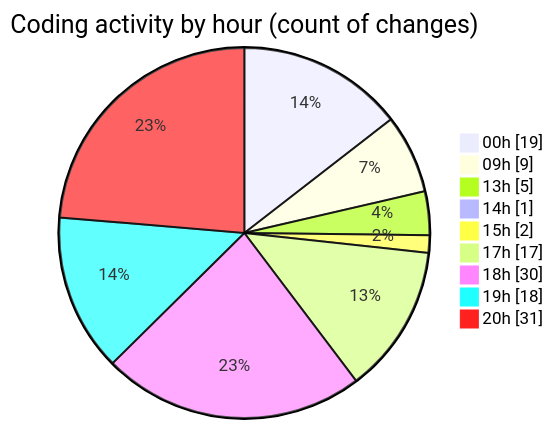
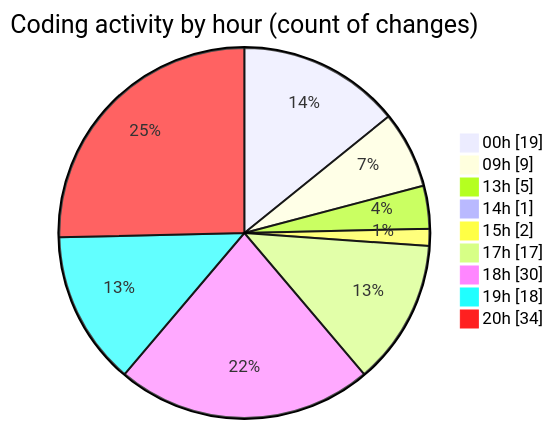
Before and after one commit to EIIisD/code-tracking: the second of 2 diagrams in 2025-08-12/ribbon/README.md, drawn with Mermaid. The commit also changed other lines of this file and 1 other file, not shown here.

````diff
--- a/2025-08-12/ribbon/README.md
+++ b/2025-08-12/ribbon/README.md
@@ -53,13 +53,13 @@
 ```mermaid
 pie showData
 title Coding activity by hour (count of changes)
 "00h" : 19
 "09h" : 9
 "13h" : 5
 "14h" : 1
 "15h" : 2
 "17h" : 17
 "18h" : 30
 "19h" : 18
-"20h" : 31
+"20h" : 34
 ```
````
